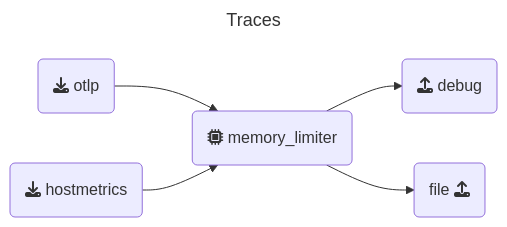
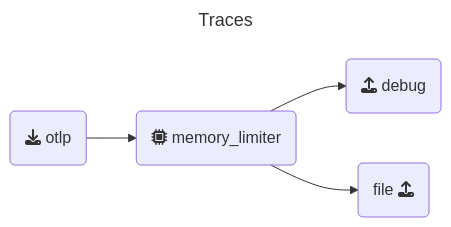
One commit to splunk/observability-workshop changed the diagram in content/en/ninja-workshops/10-advanced-otel/1-agent/1-2-fileexporter/_index.md. Above: the diagram before and after it, drawn with Mermaid. The commit also changed other lines of this file and 2 other files, not shown here.

````diff
--- a/content/en/ninja-workshops/10-advanced-otel/1-agent/1-2-fileexporter/_index.md
+++ b/content/en/ninja-workshops/10-advanced-otel/1-agent/1-2-fileexporter/_index.md
@@ -52,10 +55,9 @@
 ```mermaid
 ---
 title: Traces
 ---
   flowchart LR;
   otlp(fa:fa-download otlp) --> memorylimiter(fa:fa-microchip memory_limiter)
-  hostmetrics(fa:fa-download hostmetrics) --> memorylimiter
   memorylimiter --> debug(fa:fa-upload debug)
   memorylimiter --> file(file fa:fa-upload)
 ```
````
